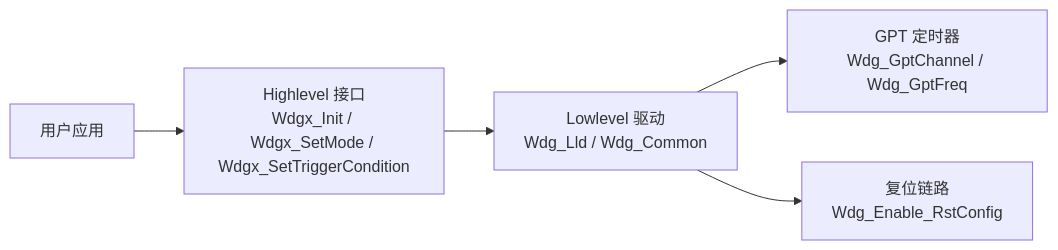
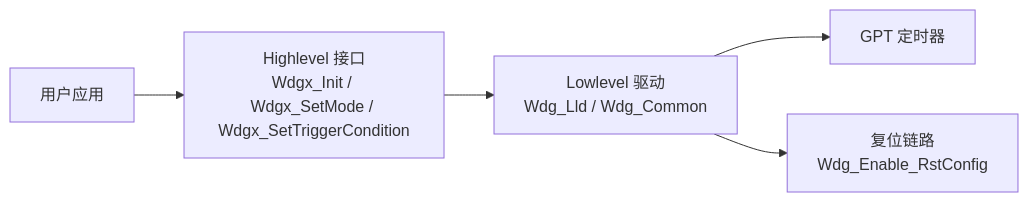
Before and after one commit to D-Robotics/rdk_s_doc: the diagram in docs/07_Advanced_development/11_mcu_development/16_mcu_watchdog.md, drawn with Mermaid. The commit also changed other lines of this file, not shown here.

````diff
--- a/docs/07_Advanced_development/11_mcu_development/16_mcu_watchdog.md
+++ b/docs/07_Advanced_development/11_mcu_development/16_mcu_watchdog.md
@@ -64,7 +58,7 @@
 ```mermaid
 flowchart LR
     App[用户应用] --> Wdgx["Highlevel 接口<br/>Wdgx_Init / Wdgx_SetMode / Wdgx_SetTriggerCondition"]
     Wdgx --> LLD["Lowlevel 驱动<br/>Wdg_Lld / Wdg_Common"]
-    LLD --> GPT[GPT 定时器<br/>Wdg_GptChannel / Wdg_GptFreq]
+    LLD --> GPT[GPT 定时器]
     LLD --> RST[复位链路<br/>Wdg_Enable_RstConfig]
 ```
````
